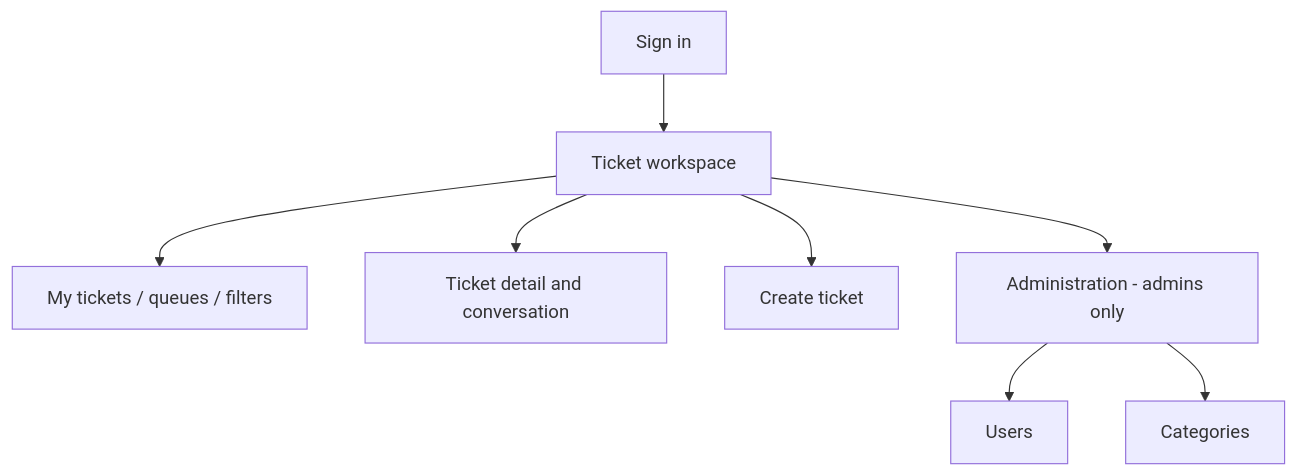
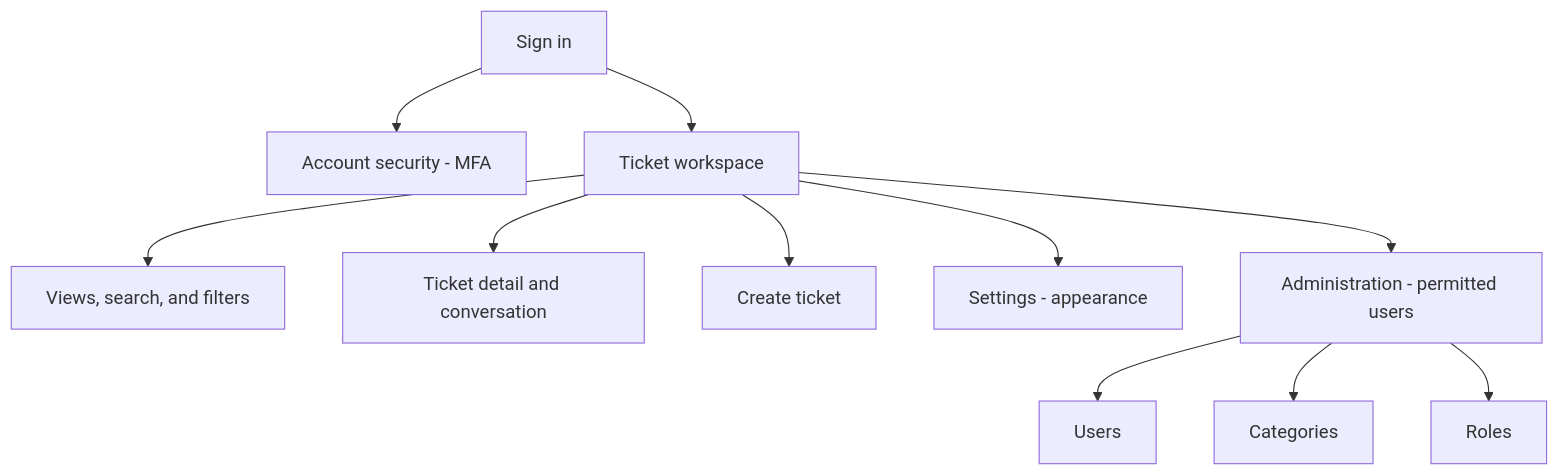
The diagram in docs/diagrams/site-map.mmd (Mystery2099/capstone-ticket-system), drawn with Mermaid before and after one commit. The commit also changed 20 other files, not shown here.

First line of the commit message:
docs: consolidate architecture and deployment docs for formatted message

```diff
--- a/docs/diagrams/site-map.mmd
+++ b/docs/diagrams/site-map.mmd
@@ -1,8 +1,11 @@
 flowchart TD
- Login[Sign in] --> Tickets[Ticket workspace]
- Tickets --> Views[My tickets / queues / filters]
+ Login[Sign in] --> Security[Account security - MFA]
+ Login --> Tickets[Ticket workspace]
+ Tickets --> Views[Views, search, and filters]
  Tickets --> Detail[Ticket detail and conversation]
  Tickets --> Create[Create ticket]
- Tickets --> Admin[Administration - admins only]
+ Tickets --> Settings[Settings - appearance]
+ Tickets --> Admin[Administration - permitted users]
  Admin --> Users[Users]
  Admin --> Categories[Categories]
+ Admin --> Roles[Roles]
```
